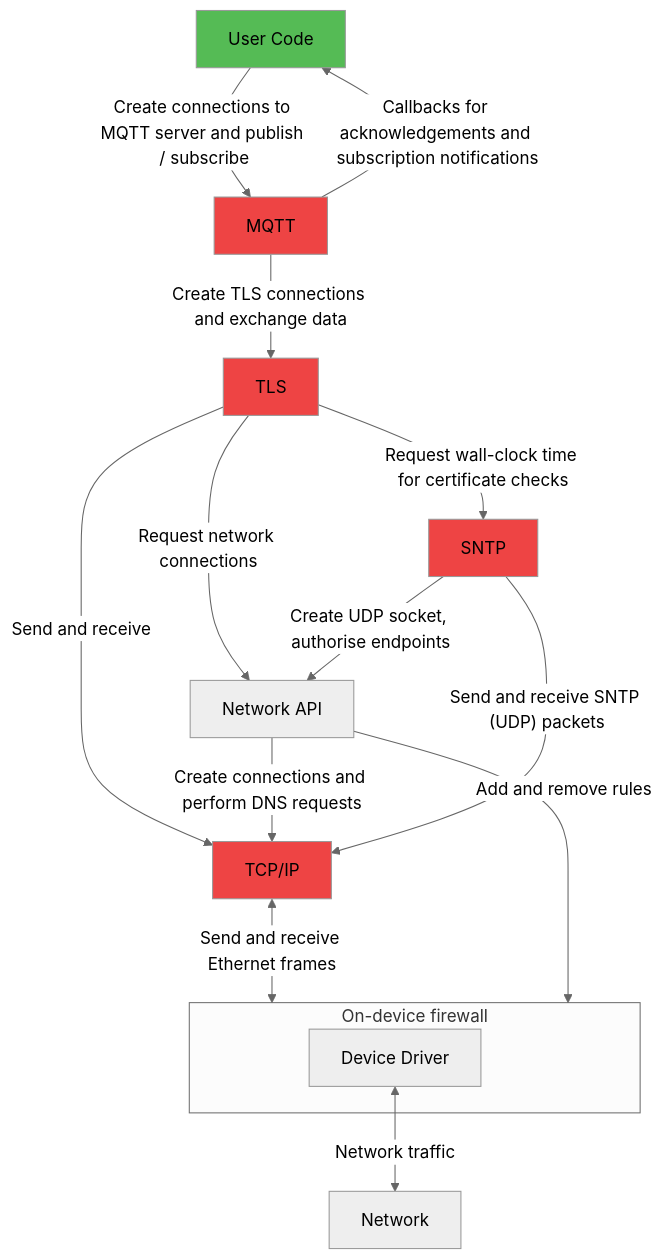
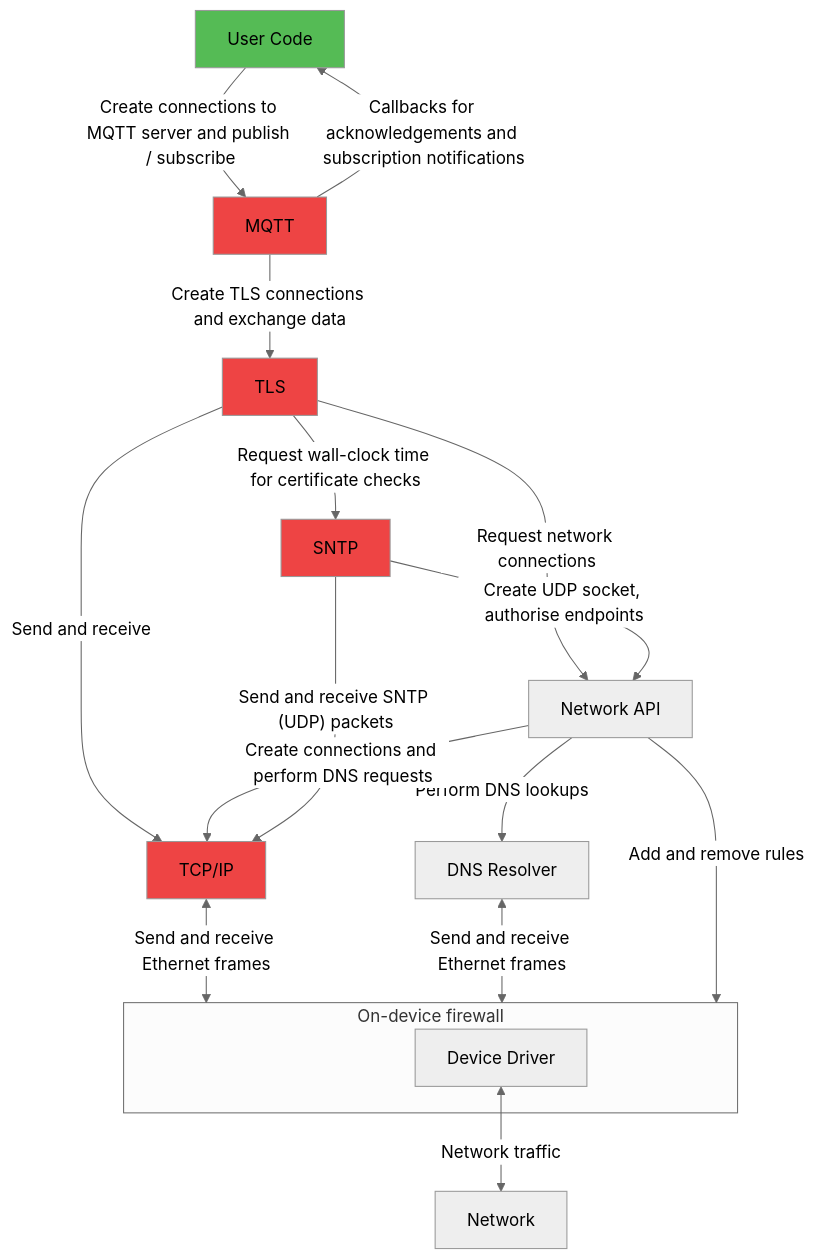
One commit to CHERIoT-Platform/network-stack changed the diagram in README.md. Above: the diagram before and after it, drawn with Mermaid (neutral theme). The commit also changed other lines of this file, not shown here.

Commit message:
Update the documentation to consider the new DNS resolver compartment.

````diff
--- a/README.md
+++ b/README.md
@@ -50,27 +51,30 @@
 ```mermaid
 graph TD
   Network
   subgraph Firewall["On-device firewall"]
     DeviceDriver["Device Driver"]
   end
   TCPIP["TCP/IP"]:::ThirdParty
   User["User Code "]
   NetAPI["Network API"]
+  DNS["DNS Resolver"]
   SNTP:::ThirdParty
   TLS:::ThirdParty
   MQTT:::ThirdParty
   DeviceDriver <-- "Network traffic" --> Network
   TCPIP <-- "Send and receive Ethernet frames" --> Firewall
+  DNS <-- "Send and receive Ethernet frames" --> Firewall
+  NetAPI -- "Perform DNS lookups" --> DNS
   NetAPI -- "Add and remove rules" --> Firewall
   TLS -- "Request network connections" --> NetAPI
   TLS -- "Send and receive" --> TCPIP
   NetAPI -- "Create connections and perform DNS requests" --> TCPIP
   MQTT -- "Create TLS connections and exchange data" --> TLS
   User -- "Create connections to MQTT server and publish / subscribe" --> MQTT
   MQTT -- "Callbacks for acknowledgements and subscription notifications" --> User
   SNTP -- "Create UDP socket, authorise endpoints" --> NetAPI
   SNTP -- "Send and receive SNTP (UDP) packets" --> TCPIP
   TLS -- "Request wall-clock time for certificate checks" --> SNTP
   style User fill: #5b5
   classDef ThirdParty fill: #e44
 ```
````
